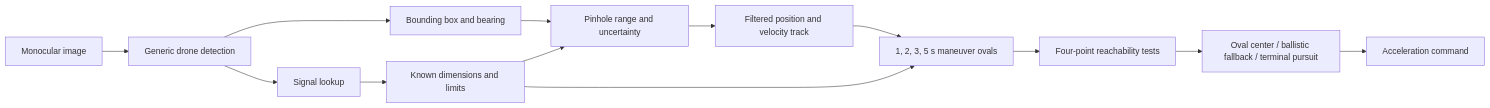
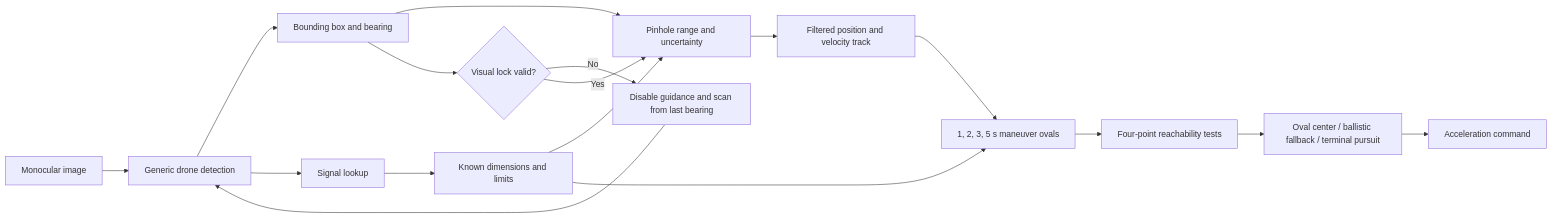
The diagram in README.md (zeros1u/zenith), drawn with Mermaid before and after one commit. The commit also changed other lines of this file and 14 other files, not shown here.

````diff
--- a/README.md
+++ b/README.md
@@ -61,15 +67,19 @@
 ```mermaid
 flowchart LR
     A[Monocular image] --> B[Generic drone detection]
     B --> C[Bounding box and bearing]
     B --> D[Signal lookup]
     D --> E[Known dimensions and limits]
     C --> F[Pinhole range and uncertainty]
     E --> F
     F --> G[Filtered position and velocity track]
+    C --> L{Visual lock valid?}
+    L -- No --> M[Disable guidance and scan from last bearing]
+    M --> B
+    L -- Yes --> F
     E --> H[1, 2, 3, 5 s maneuver ovals]
     G --> H
     H --> I[Four-point reachability tests]
     I --> J[Oval center / ballistic fallback / terminal pursuit]
     J --> K[Acceleration command]
 ```
````
